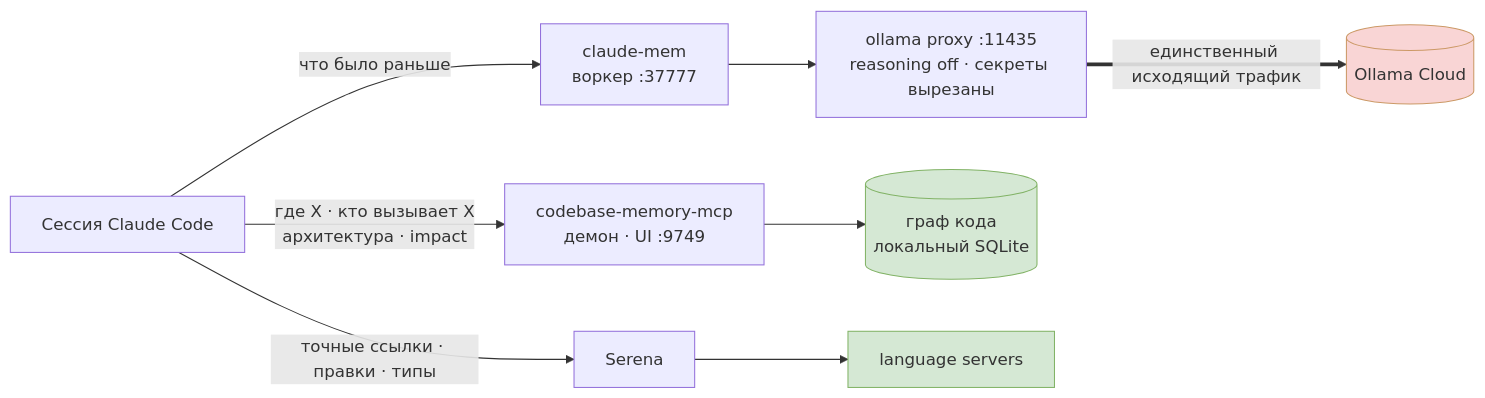
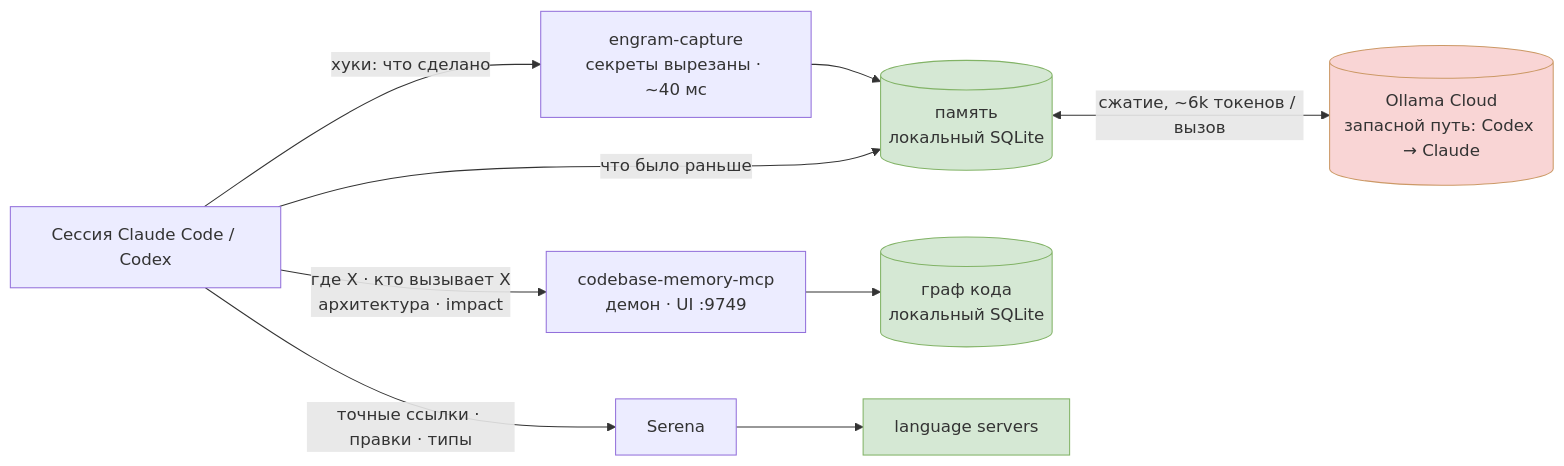
Before and after one commit to limeflash/claude-code-stack: the diagram in README.ru.md, drawn with Mermaid. The commit also changed other lines of this file and 10 other files, not shown here.

First line of the commit message:
Replace claude-mem, its proxy and watchdog with quipu

````diff
--- a/README.ru.md
+++ b/README.ru.md
@@ -45,18 +44,20 @@
 ```mermaid
 flowchart LR
-    CC["Сессия Claude Code"]
+    CC["Сессия Claude Code / Codex"]
 
-    CC -->|"что было раньше"| CM["claude-mem<br/>воркер :37777"]
-    CM --> PX["ollama proxy :11435<br/>reasoning off · секреты вырезаны"]
-    PX ==>|"единственный исходящий трафик"| OC[("Ollama Cloud")]
+    CC -->|"хуки: что сделано"| CAP["engram-capture<br/>секреты вырезаны · ~40 мс"]
+    CAP --> MEM[("память<br/>локальный SQLite")]
+    MEM <-->|"сжатие, ~6k токенов / вызов"| OC[("Ollama Cloud<br/>запасной путь: Codex → Claude")]
+    CC -->|"что было раньше"| MEM
 
     CC -->|"где X · кто вызывает X<br/>архитектура · impact"| CBM["codebase-memory-mcp<br/>демон · UI :9749"]
     CBM --> GR[("граф кода<br/>локальный SQLite")]
 
     CC -->|"точные ссылки · правки · типы"| SR["Serena"]
     SR --> LS["language servers"]
 
     style OC fill:#f9d5d5,stroke:#c96
+    style MEM fill:#d5e8d4,stroke:#82b366
     style GR fill:#d5e8d4,stroke:#82b366
     style LS fill:#d5e8d4,stroke:#82b366
 ```
````
